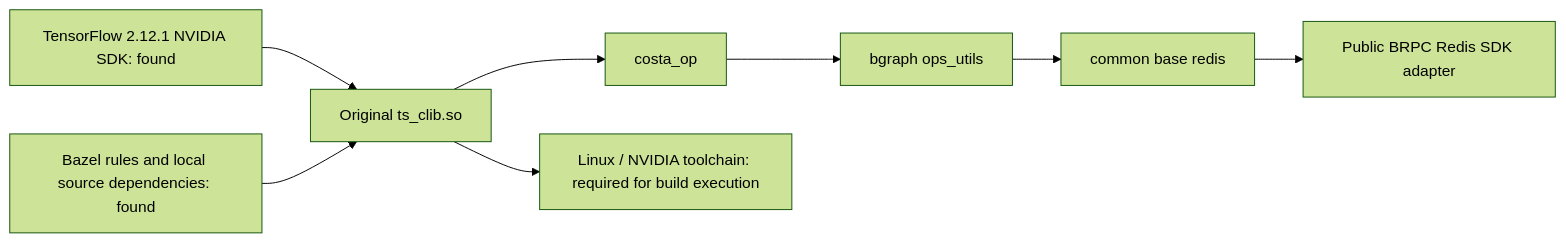
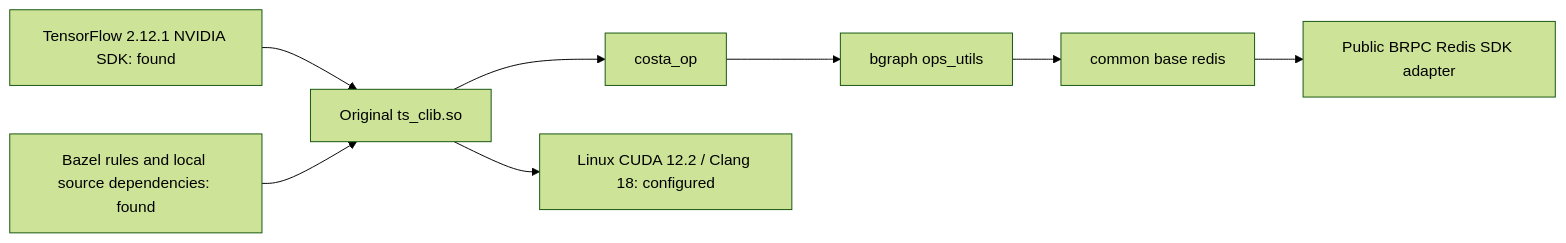
Before and after one commit to Zhang-Xin-Duke/distributed-recommendation-model-training-system: the diagram in docs/ORIGINAL_NATIVE_BUILD.md, drawn with Mermaid (forest theme). The commit also changed other lines of this file and 4 other files, not shown here.

````diff
--- a/docs/ORIGINAL_NATIVE_BUILD.md
+++ b/docs/ORIGINAL_NATIVE_BUILD.md
@@ -8,10 +12,10 @@
 ```mermaid
 flowchart LR
   E[Original ts_clib.so] --> C[costa_op]
   C --> B[bgraph ops_utils]
   B --> R[common base redis]
   R --> S[Public BRPC Redis SDK adapter]
-  E --> G[Linux / NVIDIA toolchain: required for build execution]
+  E --> G[Linux CUDA 12.2 / Clang 18: configured]
   T[TensorFlow 2.12.1 NVIDIA SDK: found] --> E
   W[Bazel rules and local source dependencies: found] --> E
 ```
````
